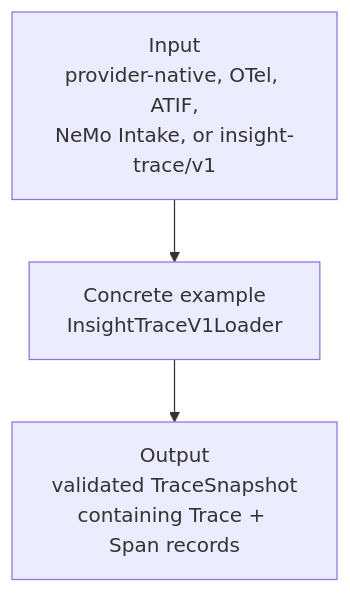
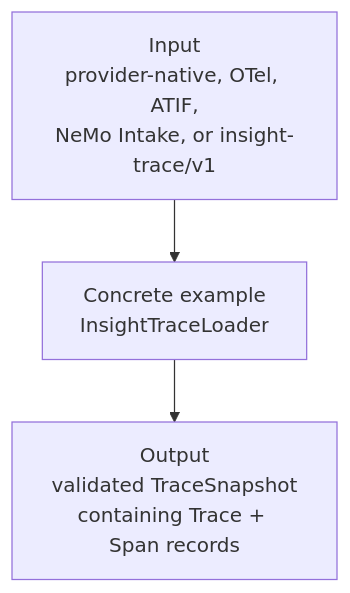
The second of 4 diagrams in docs/pipeline-architecture.md (NVIDIA-NeMo/labs-trace-intel), drawn with Mermaid before and after one commit. The commit also changed other lines of this file and 31 other files, not shown here.

````diff
--- a/docs/pipeline-architecture.md
+++ b/docs/pipeline-architecture.md
@@ -41,7 +41,7 @@
 ```mermaid
 flowchart TB
     input["Input<br/>provider-native, OTel, ATIF,<br/>NeMo Intake, or insight-trace/v1"]
-    normalize["Concrete example<br/>InsightTraceV1Loader"]
+    normalize["Concrete example<br/>InsightTraceLoader"]
     output["Output<br/>validated TraceSnapshot<br/>containing Trace + Span records"]
     input --> normalize --> output
 ```
````
